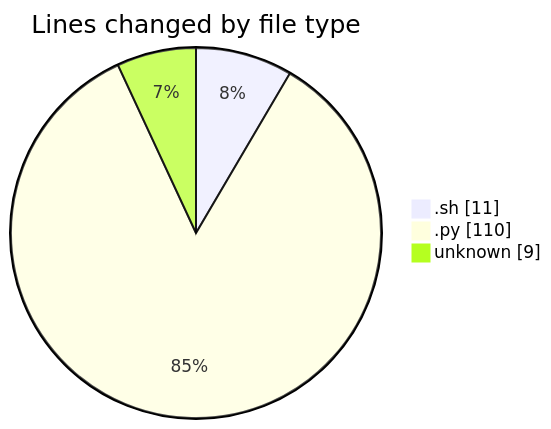
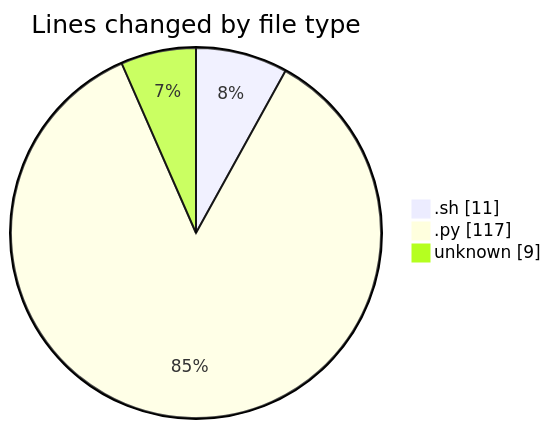
One commit to momahboobian/code-tracking changed the first of 2 diagrams in 2025-01-25/samplepdf/README.md. Above: the diagram before and after it, drawn with Mermaid. The commit also changed other lines of this file and 1 other file, not shown here.

````diff
--- a/2025-01-25/samplepdf/README.md
+++ b/2025-01-25/samplepdf/README.md
@@ -24,7 +24,7 @@
 ```mermaid
 pie showData
 title Lines changed by file type
 ".sh" : 11
-".py" : 110
+".py" : 117
 "unknown" : 9
 ```
````
